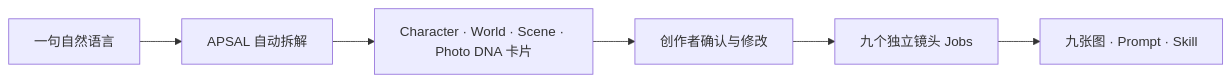
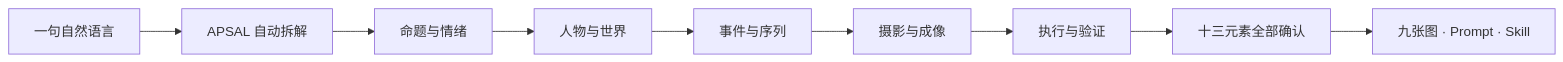
Before and after one commit to henyjone/apsal-open: the diagram in README.zh-CN.md, drawn with Mermaid. The commit also changed other lines of this file and 31 other files, not shown here.

````diff
--- a/README.zh-CN.md
+++ b/README.zh-CN.md
@@ -26,8 +26,11 @@
 ```mermaid
 flowchart LR
     A["一句自然语言"] --> B["APSAL 自动拆解"]
-    B --> C["Character · World · Scene · Photo DNA 卡片"]
-    C --> D["创作者确认与修改"]
-    D --> E["九个独立镜头 Jobs"]
-    E --> F["九张图 · Prompt · Skill"]
+    B --> C["命题与情绪"]
+    C --> D["人物与世界"]
+    D --> E["事件与序列"]
+    E --> F["摄影与成像"]
+    F --> G["执行与验证"]
+    G --> H["十三元素全部确认"]
+    H --> I["九张图 · Prompt · Skill"]
 ```
````
